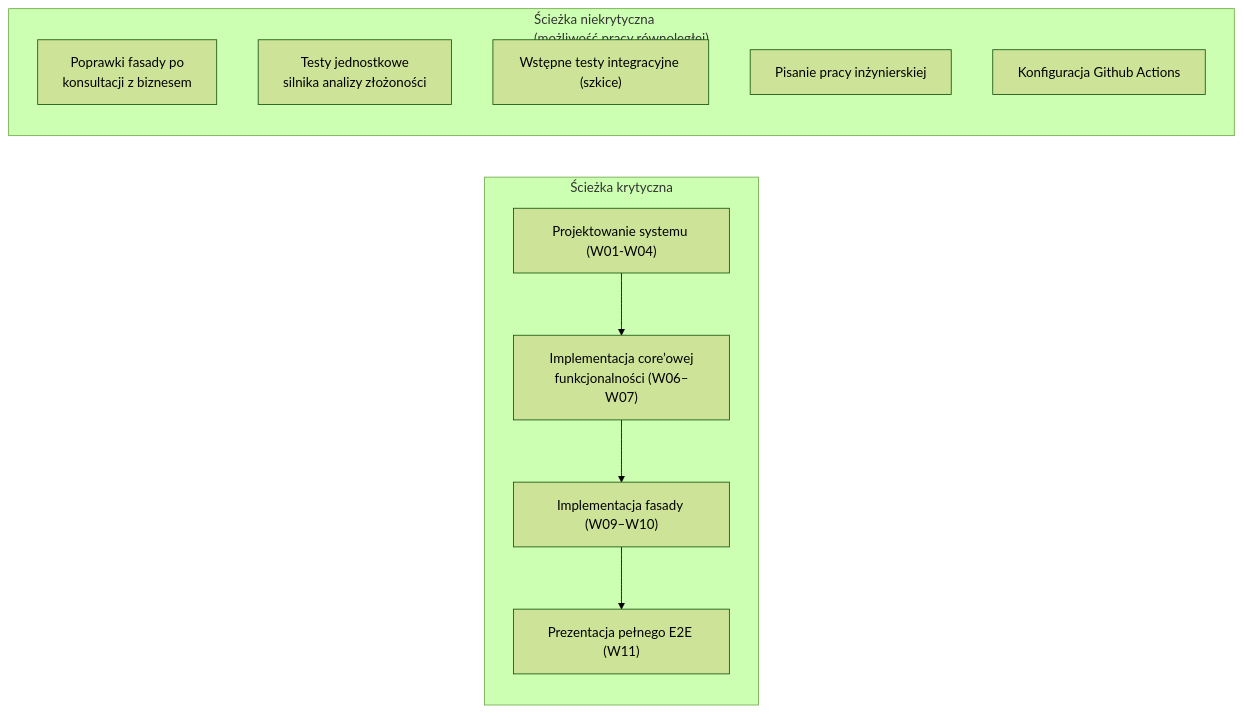
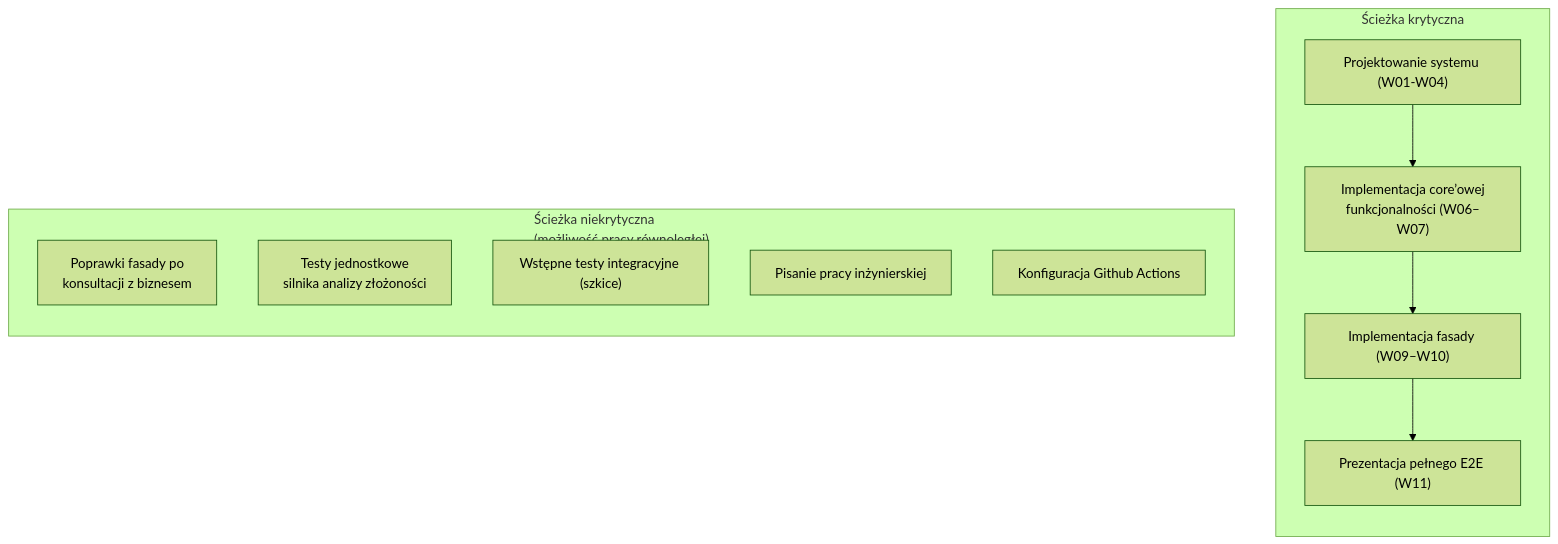
One commit to kamil7430/cil-complexity-analyzer changed the diagram in docs/stages/STAGE_1.md. Above: the diagram before and after it, drawn with Mermaid (forest theme).

Commit message:
Remove LR from flowchart

````diff
--- a/docs/stages/STAGE_1.md
+++ b/docs/stages/STAGE_1.md
@@ -267,18 +267,18 @@
 ```mermaid
-flowchart LR
+flowchart
     subgraph Critical ["Ścieżka krytyczna"]
         direction TB
         A["Projektowanie systemu (W01-W04)"] --> B["Implementacja core’owej\nfunkcjonalności (W06–W07)"]
         B --> C["Implementacja fasady (W09–W10)"]
         C --> D["Prezentacja pełnego E2E (W11)"]
     end
     
     subgraph Parallel ["Ścieżka niekrytyczna\n(możliwość pracy równoległej)"]
         direction TB
         E["Poprawki fasady po\nkonsultacji z biznesem"]
         F["Testy jednostkowe\nsilnika analizy złożoności"]
         G["Wstępne testy integracyjne (szkice)"]
         H["Pisanie pracy inżynierskiej"]
         I["Konfiguracja Github Actions"]
     end
 ```
````
